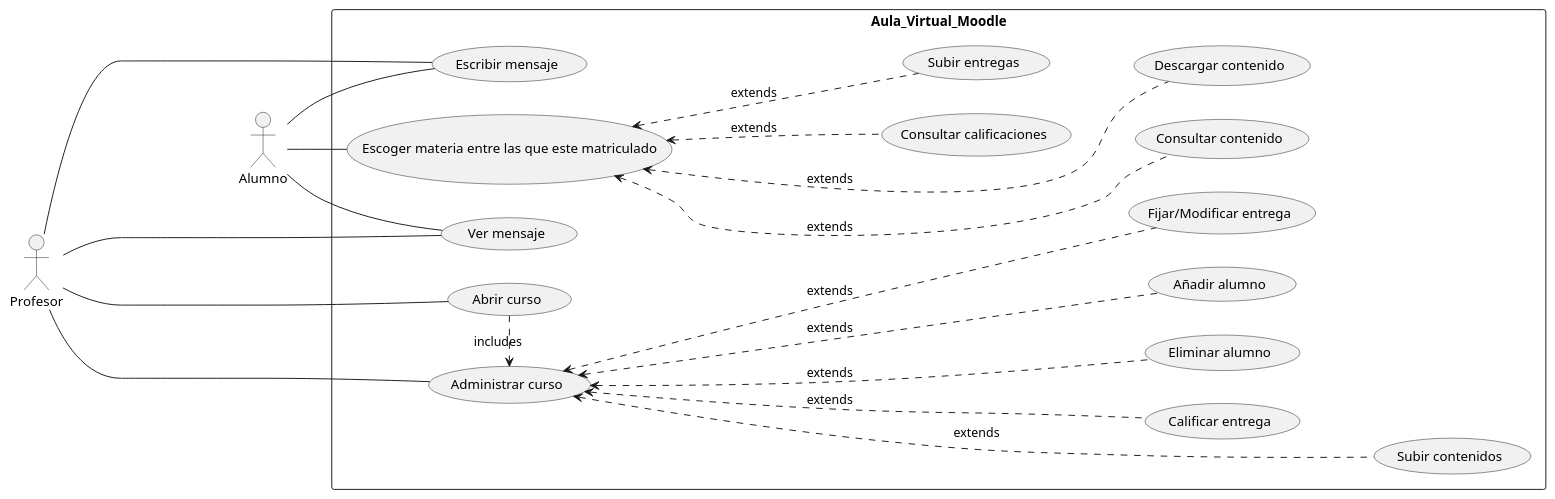
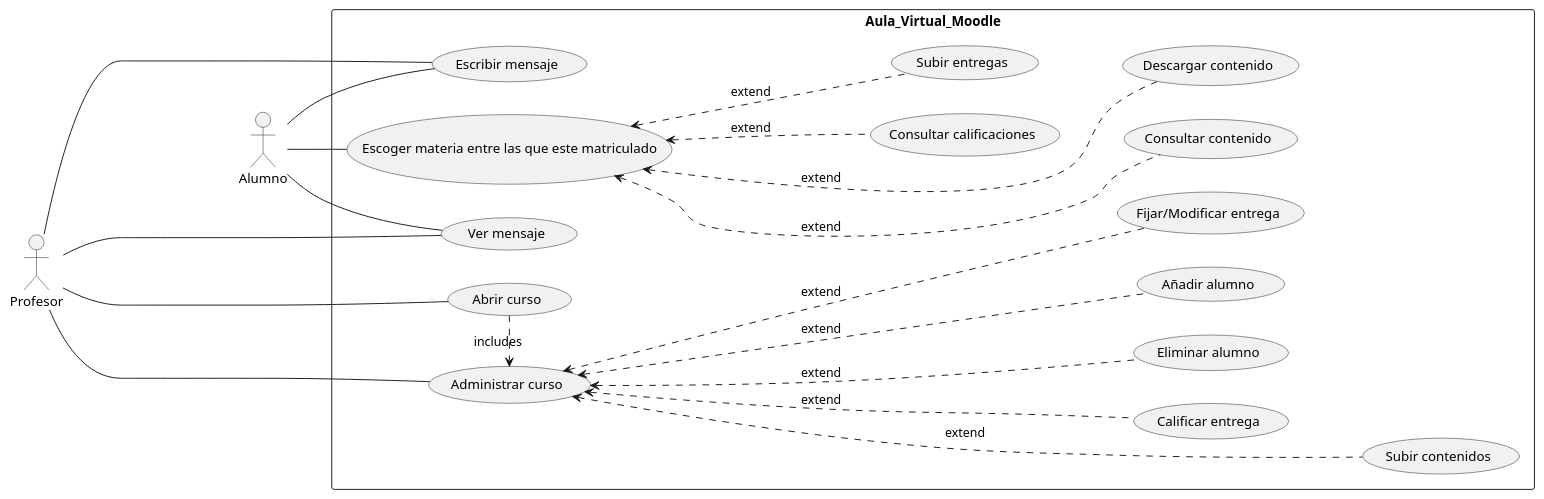
The diagram in src/Ejercicio2.puml (mgi007/PCV06-10), drawn with PlantUML before and after one commit. The commit also changed 4 other files, not shown here.

Commit message:
Práctica diagrama casos de uso UML con PlantUML

```diff
--- a/src/Ejercicio2.puml
+++ b/src/Ejercicio2.puml
@@ -1,61 +1,61 @@
 @startuml Ejercicio 2
 
 skinparam packageStyle rectangle
 left to right direction
 
 actor Alumno
 actor Profesor
 
 rectangle Aula_Virtual_Moodle {
     (Abrir curso) as (AbrirCur)
     (Administrar curso) as (AdminCur)
 
     (Escoger materia entre las que este matriculado) as (EsMa)
 
     (Subir entregas) as (SubEnt)
     (Consultar contenido) as (ConCon)
     (Descargar contenido) as (DesCon)
     (Consultar calificaciones) as (ConCal)
 
     (Fijar/Modificar entrega) as (Ent)
     (Subir contenidos) as (Sub)
     (Calificar entrega) as (Cal)
     
     (Ver mensaje) as (VerMen)
     (Escribir mensaje) as (EscMen)
 
     (Eliminar alumno) as (ElAl)
     (Añadir alumno) as (AnAl)
     
     Alumno -- EscMen
     Alumno -- VerMen
 
     Alumno -- EsMa
 
-    EsMa <.... DesCon : extends
-    EsMa <.... ConCon : extends
-    EsMa <... SubEnt : extends
-    EsMa <... ConCal : extends
+    EsMa <.... DesCon : extend
+    EsMa <.... ConCon : extend
+    EsMa <... SubEnt : extend
+    EsMa <... ConCal : extend
 
     AbrirCur .> AdminCur : includes
     
     Profesor ----- EscMen
     Profesor ----- VerMen
     Profesor ----- AbrirCur
     Profesor ----- AdminCur
-    AdminCur <.... Ent : extends
-    AdminCur <..... Sub : extends
-    AdminCur <.... Cal : extends
-    AdminCur <.... AnAl : extends
-    AdminCur <.... ElAl : extends
+    AdminCur <.... Ent : extend
+    AdminCur <..... Sub : extend
+    AdminCur <.... Cal : extend
+    AdminCur <.... AnAl : extend
+    AdminCur <.... ElAl : extend
     
 
     
 
 
 
 
     
 }
 
 @enduml
```
